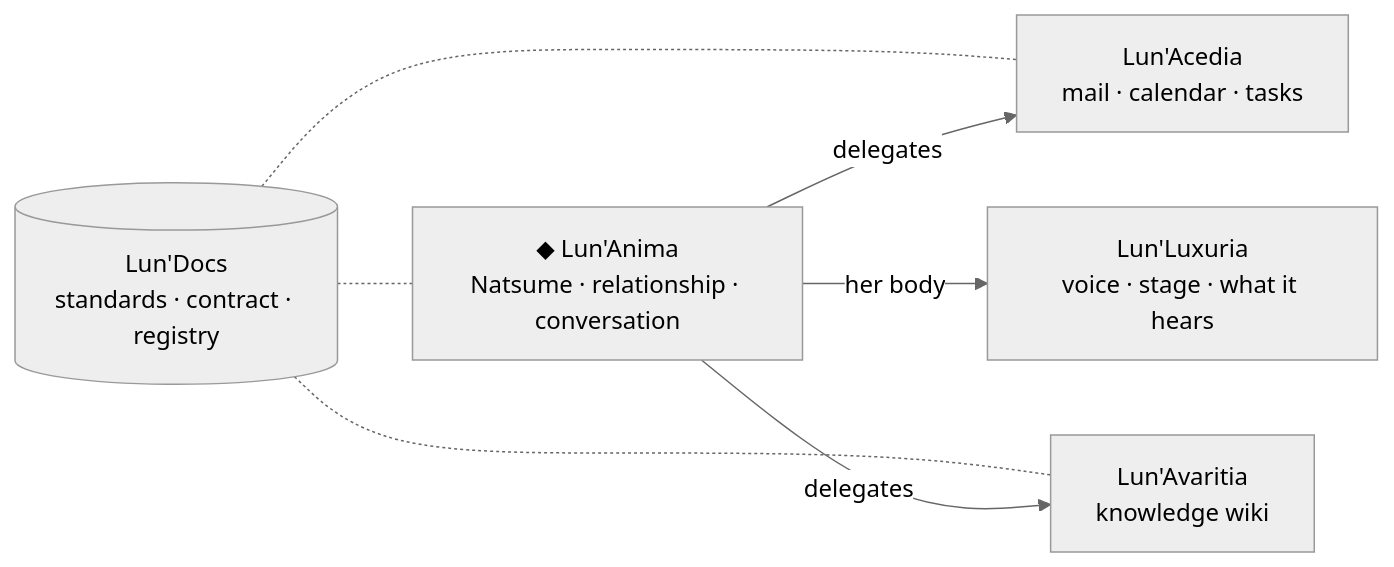
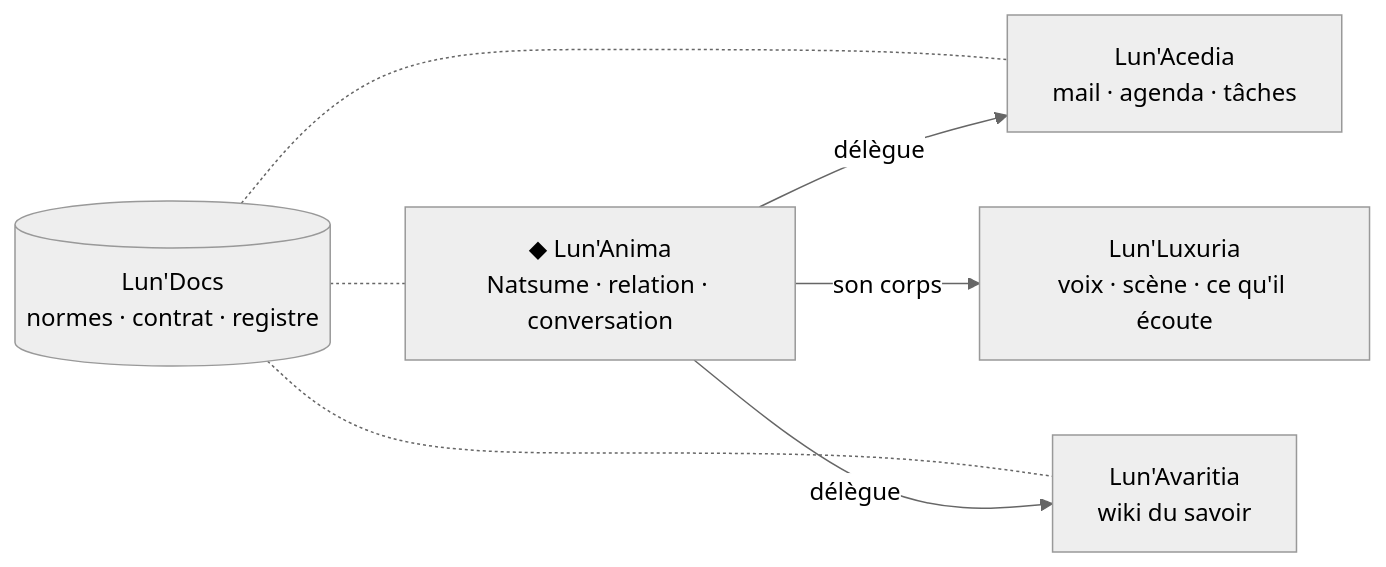
The diagram in profile/README.md (Lun-Ecosystem/.github), drawn with Mermaid (neutral theme) before and after one commit. The commit also changed other lines of this file, not shown here.

````diff
--- a/profile/README.md
+++ b/profile/README.md
@@ -27,15 +28,15 @@
 ```mermaid
 flowchart LR
-    CORE["◆ Lun'Anima<br/>Natsume · relationship · conversation"]
-    ACEDIA["Lun'Acedia<br/>mail · calendar · tasks"]
-    AVARITIA["Lun'Avaritia<br/>knowledge wiki"]
-    LUXURIA["Lun'Luxuria<br/>voice · stage · what it hears"]
-    DOCS[("Lun'Docs<br/>standards · contract · registry")]
+    CORE["◆ Lun'Anima<br/>Natsume · relation · conversation"]
+    ACEDIA["Lun'Acedia<br/>mail · agenda · tâches"]
+    AVARITIA["Lun'Avaritia<br/>wiki du savoir"]
+    LUXURIA["Lun'Luxuria<br/>voix · scène · ce qu'il écoute"]
+    DOCS[("Lun'Docs<br/>normes · contrat · registre")]
 
-    CORE -- "delegates" --> ACEDIA
-    CORE -- "delegates" --> AVARITIA
-    CORE -- "her body" --> LUXURIA
+    CORE -- "délègue" --> ACEDIA
+    CORE -- "délègue" --> AVARITIA
+    CORE -- "son corps" --> LUXURIA
     DOCS -.- CORE
     DOCS -.- ACEDIA
     DOCS -.- AVARITIA
 ```
````
